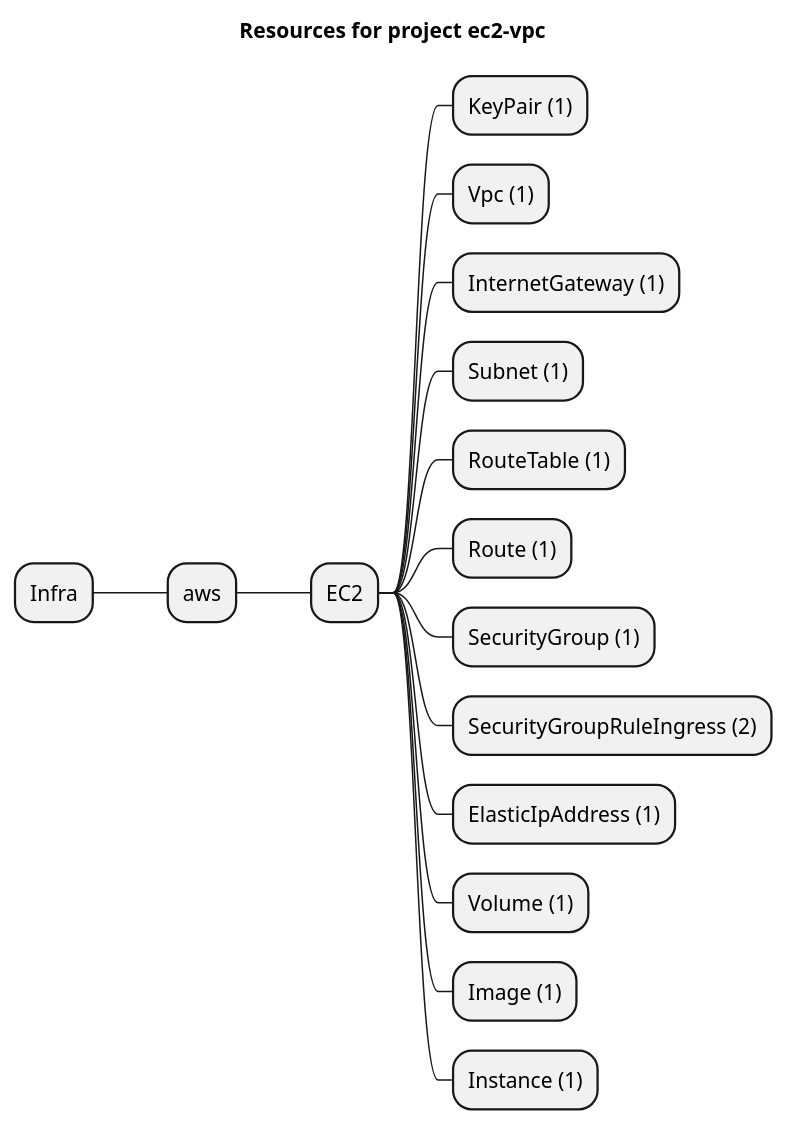
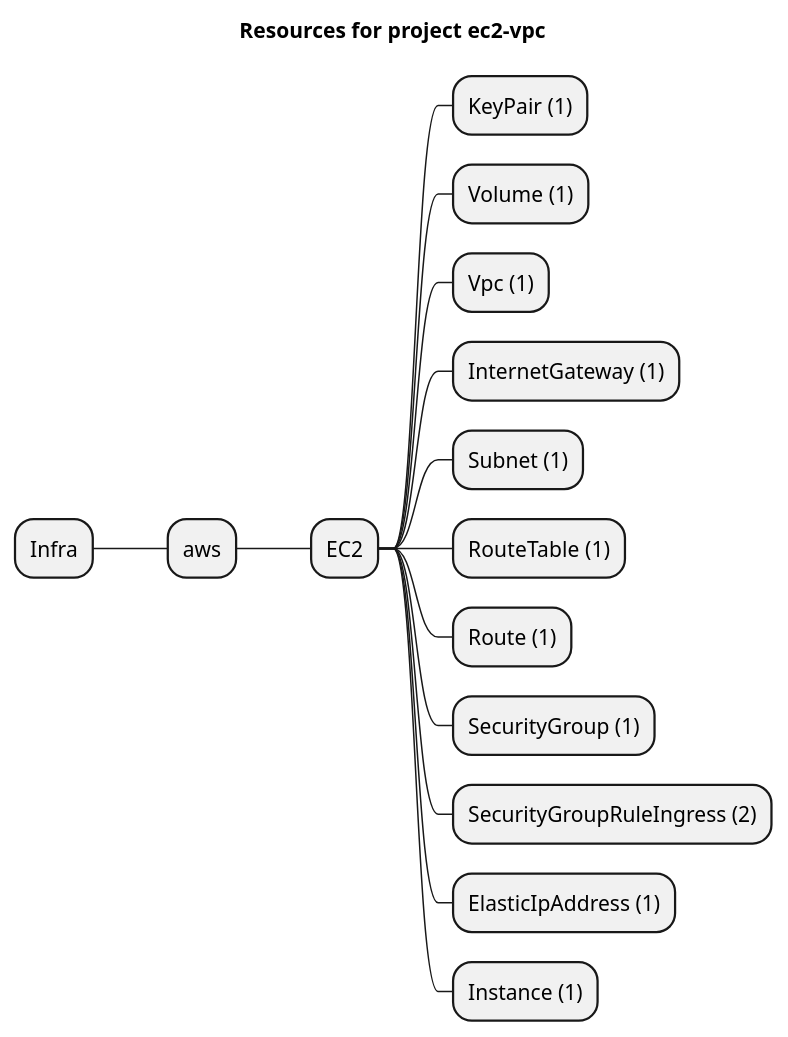
Before and after one commit to grucloud/grucloud: the diagram in examples/aws/ec2/ec2-vpc/artifacts/resources-mindmap.puml, drawn with PlantUML. The commit also changed 135 other files, not shown here.

```diff
--- a/examples/aws/ec2/ec2-vpc/artifacts/resources-mindmap.puml
+++ b/examples/aws/ec2/ec2-vpc/artifacts/resources-mindmap.puml
@@ -1,19 +1,18 @@
 @startmindmap
 title Resources for project ec2-vpc
 skinparam monochrome true
 + Infra
 ++ aws
 +++ EC2
 ++++ KeyPair (1)
+++++ Volume (1)
 ++++ Vpc (1)
 ++++ InternetGateway (1)
 ++++ Subnet (1)
 ++++ RouteTable (1)
 ++++ Route (1)
 ++++ SecurityGroup (1)
 ++++ SecurityGroupRuleIngress (2)
 ++++ ElasticIpAddress (1)
-++++ Volume (1)
-++++ Image (1)
 ++++ Instance (1)
 @endmindmap
```
